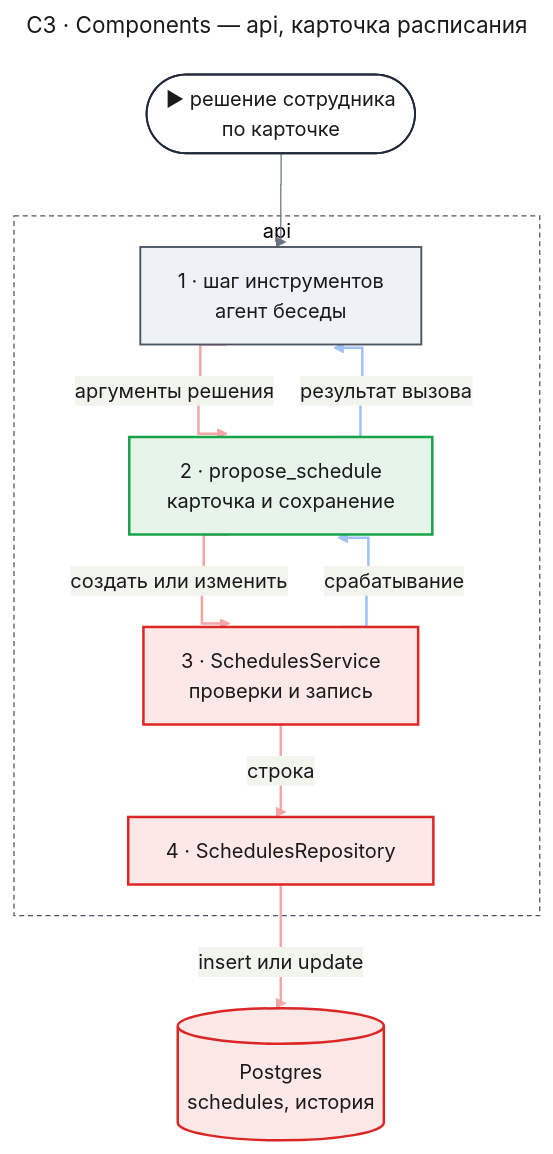
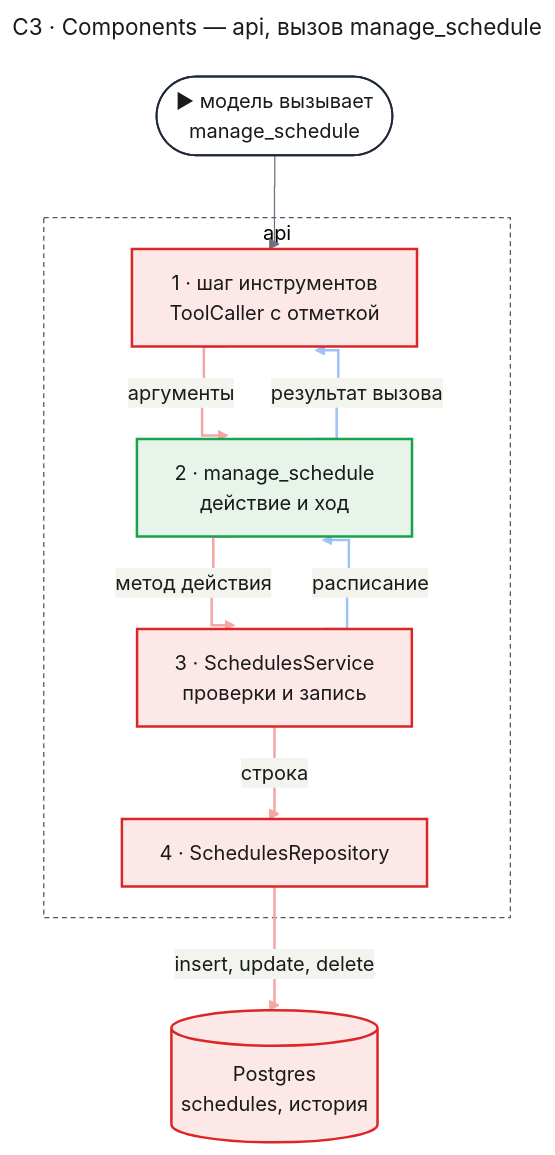
The second of 4 diagrams in docs/features/chat-scheduling/design-server.md (tundraray/agent-os), drawn with Mermaid before and after one commit. The commit also changed other lines of this file, not shown here.

Commit message:
docs: schedule tools act at once in the chat scheduling server design

````diff
--- a/docs/features/chat-scheduling/design-server.md
+++ b/docs/features/chat-scheduling/design-server.md
@@ -182,57 +148,54 @@
 ```mermaid
 ---
-title: "C3 · Components — api, карточка расписания"
+title: "C3 · Components — api, вызов manage_schedule"
 config:
   theme: base
   look: classic
   themeVariables:
     primaryColor: "#eef1f5"
     primaryBorderColor: "#4b5563"
     primaryTextColor: "#1a1a1a"
     lineColor: "#6b7280"
   flowchart:
     curve: step
   themeCSS: |
     @keyframes lit_c3{0%,15%{stroke:#991b1b;stroke-width:6px}16.7%,100%{stroke:#f4a5a5;stroke-width:2px}}
     @keyframes litr_c3{0%,15%{stroke:#1d4ed8;stroke-width:6px}16.7%,100%{stroke:#9ec1f7;stroke-width:2px}}
 ---
 flowchart TB
-    entry(["▶ решение сотрудника<br/>по карточке"])
+    entry(["▶ модель вызывает<br/>manage_schedule"])
     subgraph api["api"]
-        step["1 · шаг инструментов<br/>агент беседы"]
-        tool["2 · propose_schedule<br/>карточка и сохранение"]
+        step["1 · шаг инструментов<br/>ToolCaller с отметкой"]
+        tool["2 · manage_schedule<br/>действие и ход"]
         svc["3 · SchedulesService<br/>проверки и запись"]
         repo["4 · SchedulesRepository"]
     end
     db[("Postgres<br/>schedules, история")]
     entry --> step
-    step e1@-->|"аргументы решения"| tool
-    tool e2@-->|"создать или изменить"| svc
+    step e1@-->|"аргументы"| tool
+    tool e2@-->|"метод действия"| svc
     svc e3@-->|"строка"| repo
-    repo e4@-->|"insert или update"| db
-    svc e5@-->|"срабатывание"| tool
+    repo e4@-->|"insert, update, delete"| db
+    svc e5@-->|"расписание"| tool
     tool e6@-->|"результат вызова"| step
     classDef entry fill:#ffffff,stroke:#1f2937,stroke-width:1.5px,color:#1a1a1a
     classDef changed fill:#fde8e8,stroke:#dc2626,stroke-width:2px,color:#1a1a1a
     classDef new fill:#e6f4ea,stroke:#16a34a,stroke-width:2px,color:#1a1a1a
-    classDef unchanged fill:#eef1f5,stroke:#4b5563,stroke-width:1.5px,color:#1a1a1a
     classDef frame fill:none,stroke:#4b5563,stroke-width:1px,stroke-dasharray:4 3
     classDef w1 stroke:#f4a5a5,stroke-width:2px,animation:lit_c3 7.2s linear 0s infinite
     classDef w2 stroke:#f4a5a5,stroke-width:2px,animation:lit_c3 7.2s linear 1.2s infinite
     classDef w3 stroke:#f4a5a5,stroke-width:2px,animation:lit_c3 7.2s linear 2.4s infinite
     classDef w4 stroke:#f4a5a5,stroke-width:2px,animation:lit_c3 7.2s linear 3.6s infinite
     classDef r1 stroke:#9ec1f7,stroke-width:2px,animation:litr_c3 7.2s linear 4.8s infinite
     classDef r2 stroke:#9ec1f7,stroke-width:2px,animation:litr_c3 7.2s linear 6s infinite
     class entry entry
-    class step unchanged
-    class svc,repo changed
+    class step,svc,repo,db changed
     class tool new
-    class db changed
     class api frame
     class e1 w1
     class e2 w2
     class e3 w3
     class e4 w4
     class e5 r1
     class e6 r2
 ```
````
